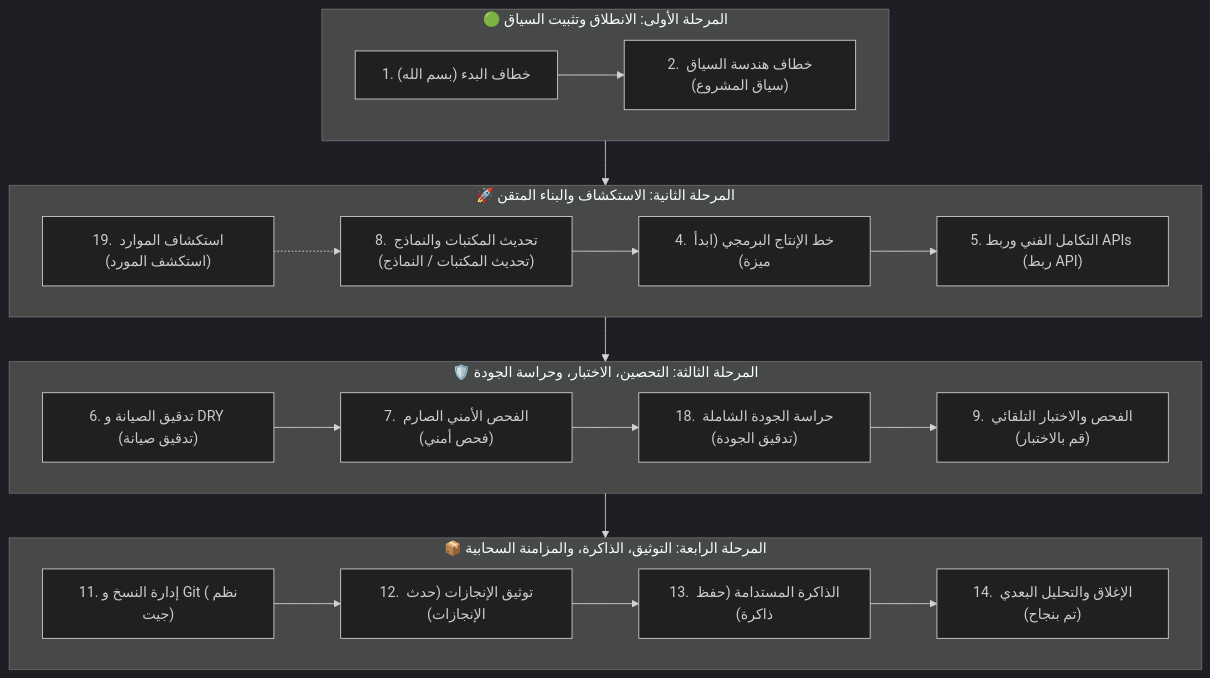
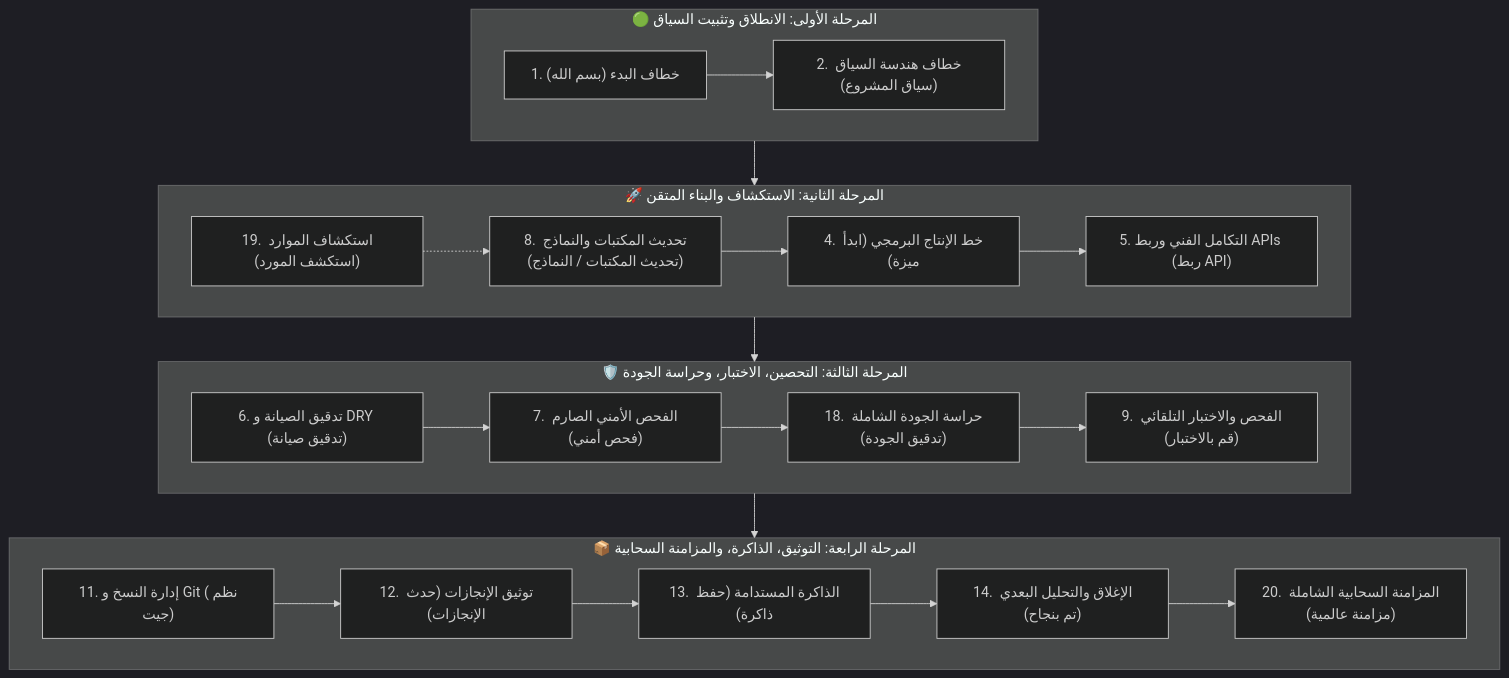
One commit to ibrahimalkateb965-tech/Quran changed the diagram in hooks_user_guide.md. Above: the diagram before and after it, drawn with Mermaid (dark theme). The commit also changed other lines of this file and 2 other files, not shown here.

````diff
--- a/hooks_user_guide.md
+++ b/hooks_user_guide.md
@@ -11,22 +11,23 @@
 ```mermaid
 flowchart TD
     subgraph Phase1 ["🟢 المرحلة الأولى: الانطلاق وتثبيت السياق"]
         H1["1. خطاف البدء (بسم الله)"] --> H2["2. خطاف هندسة السياق (سياق المشروع)"]
     end
     subgraph Phase2 ["🚀 المرحلة الثانية: الاستكشاف والبناء المتقن"]
         H19["19. استكشاف الموارد (استكشف المورد)"] -.-> H8["8. تحديث المكتبات والنماذج (تحديث المكتبات / النماذج)"]
         H8 --> H4["4. خط الإنتاج البرمجي (ابدأ ميزة)"]
         H4 --> H5["5. التكامل الفني وربط APIs (ربط API)"]
     end
     subgraph Phase3 ["🛡️ المرحلة الثالثة: التحصين، الاختبار، وحراسة الجودة"]
         H6["6. تدقيق الصيانة و DRY (تدقيق صيانة)"] --> H7["7. الفحص الأمني الصارم (فحص أمني)"]
         H7 --> H18["18. حراسة الجودة الشاملة (تدقيق الجودة)"]
         H18 --> H9["9. الفحص والاختبار التلقائي (قم بالاختبار)"]
     end
     subgraph Phase4 ["📦 المرحلة الرابعة: التوثيق، الذاكرة، والمزامنة السحابية"]
         H11["11. إدارة النسخ و Git (نظم جيت)"] --> H12["12. توثيق الإنجازات (حدث الإنجازات)"]
         H12 --> H13["13. الذاكرة المستدامة (حفظ ذاكرة)"]
         H13 --> H14["14. الإغلاق والتحليل البعدي (تم بنجاح)"]
+        H14 --> H20["20. المزامنة السحابية الشاملة (مزامنة عالمية)"]
     end
     Phase1 --> Phase2 --> Phase3 --> Phase4
 ```
````
